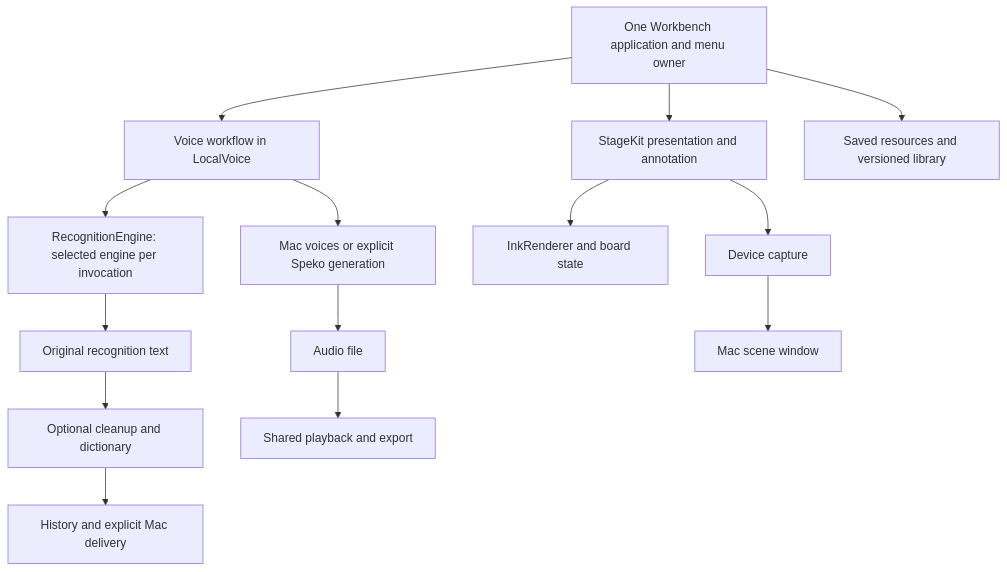
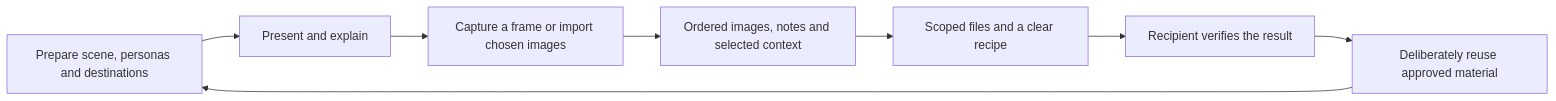
Before and after one commit to EthDawg/workbench: the diagram in docs/commodity-strategy.md, drawn with Mermaid. The commit also changed other lines of this file and 8 other files, not shown here.

````diff
--- a/docs/commodity-strategy.md
+++ b/docs/commodity-strategy.md
@@ -37,17 +23,10 @@
 ```mermaid
-flowchart TD
-  App[One Workbench application and menu owner]
-  App --> Voice[Voice workflow in LocalVoice]
-  App --> Stage[StageKit presentation and annotation]
-  App --> Library[Saved resources and versioned library]
-  Voice --> Recognition[RecognitionEngine: selected engine per invocation]
-  Recognition --> Raw[Original recognition text]
-  Raw --> Cleanup[Optional cleanup and dictionary]
-  Cleanup --> Delivery[History and explicit Mac delivery]
-  Voice --> Generation[Mac voices or explicit Speko generation]
-  Generation --> Audio[Audio file]
-  Audio --> Playback[Shared playback and export]
-  Stage --> Ink[InkRenderer and board state]
-  Stage --> Capture[Device capture]
-  Capture --> Scene[Mac scene window]
+flowchart LR
+  Prepare[Prepare scene, personas and destinations] --> Explain[Present and explain]
+  Explain --> Capture[Capture a frame or import chosen images]
+  Capture --> Session[Ordered images, notes and selected context]
+  Session --> Handoff[Scoped files and a clear recipe]
+  Handoff --> Result[Recipient verifies the result]
+  Result --> Reuse[Deliberately reuse approved material]
+  Reuse --> Prepare
 ```
````
